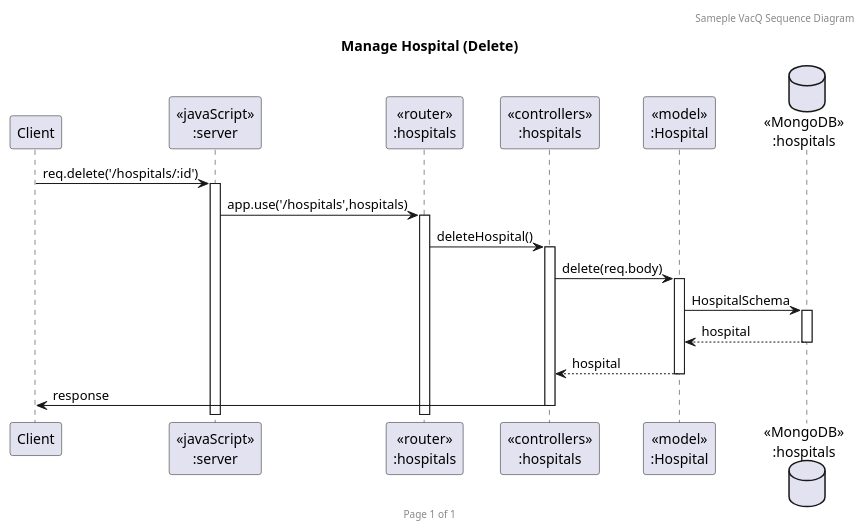
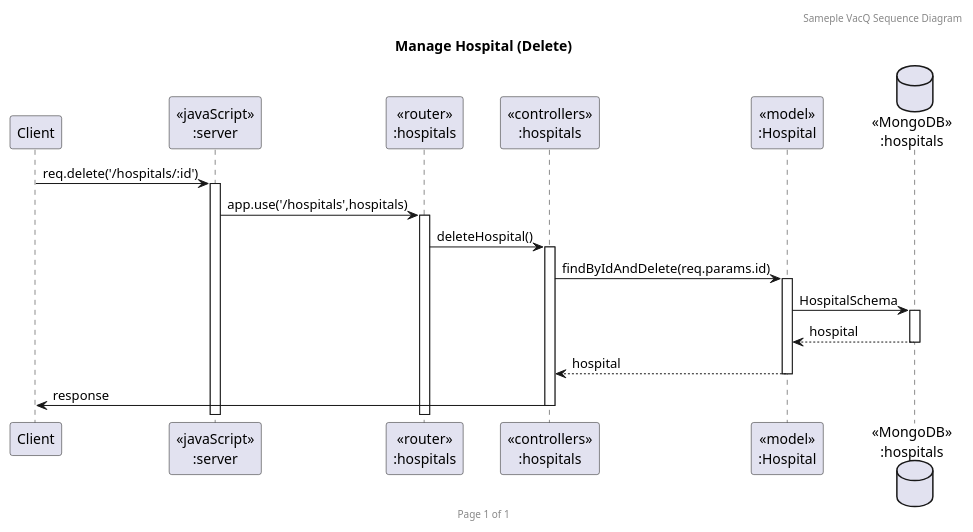
The diagram in PlantUml/delete.puml (2110503TACEDT66/presentation-day-1-samsaomidnight), drawn with PlantUML before and after one commit. The commit also changed 3 other files, not shown here.

Commit message:
plantuml change controller

```diff
--- a/PlantUml/delete.puml
+++ b/PlantUml/delete.puml
@@ -1,23 +1,23 @@
 @startuml Manage Hospital (Delete)
 
 header Sameple VacQ Sequence Diagram
 footer Page %page% of %lastpage%
 title "Manage Hospital (Delete)"
 
 participant "Client" as client
 participant "<<javaScript>>\n:server" as server
 participant "<<router>>\n:hospitals" as routerHospitals
 participant "<<controllers>>\n:hospitals" as controllersHospitals
 participant "<<model>>\n:Hospital" as modelHospital
 database "<<MongoDB>>\n:hospitals" as HospitalsDatabase
 
 client->server ++:req.delete('/hospitals/:id')
 server->routerHospitals ++:app.use('/hospitals',hospitals)
 routerHospitals -> controllersHospitals ++:deleteHospital()
-controllersHospitals->modelHospital ++:delete(req.body)
+controllersHospitals->modelHospital ++:findByIdAndDelete(req.params.id)
 modelHospital ->HospitalsDatabase ++: HospitalSchema
 HospitalsDatabase --> modelHospital --: hospital
 controllersHospitals <-- modelHospital --:hospital
 controllersHospitals->client --:response
 
 @enduml
```
